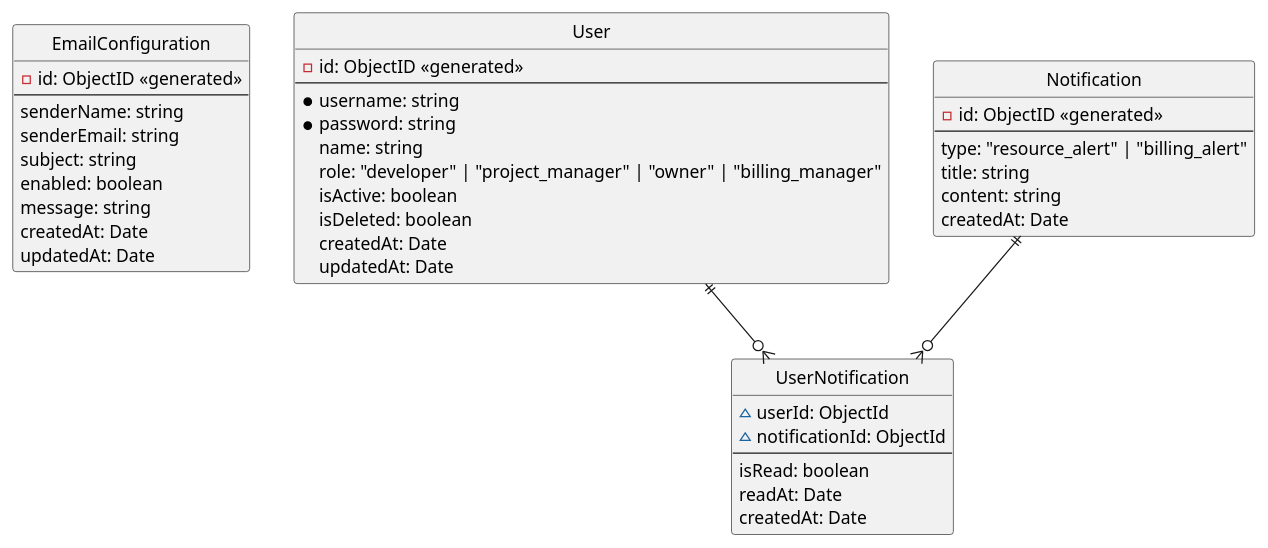
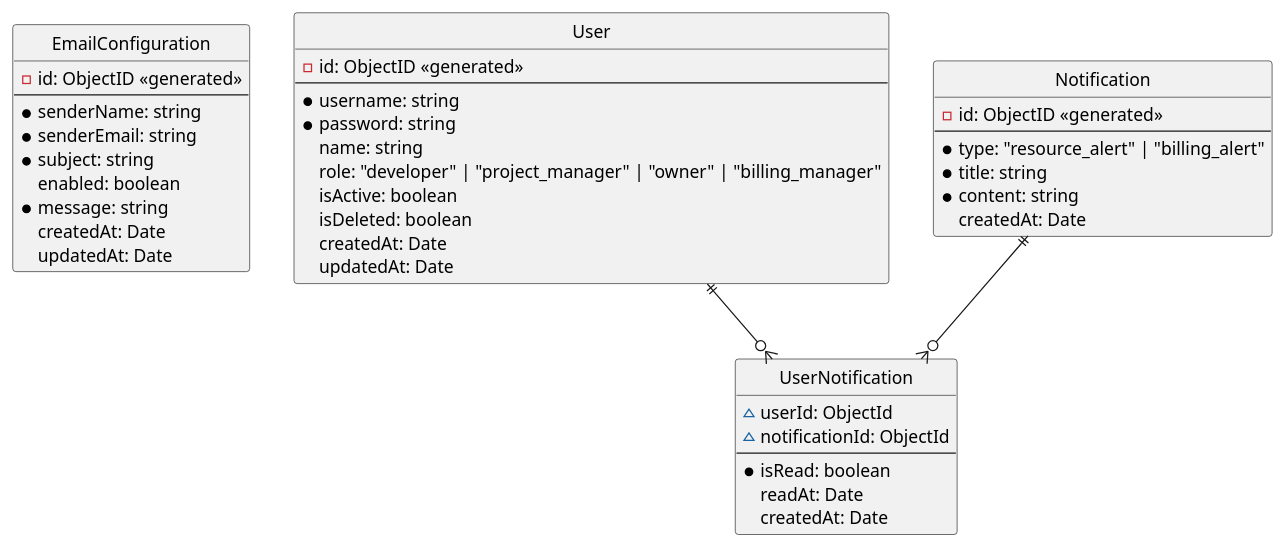
One commit to felixnguyen678/f0-capstone-project-backend changed the diagram in docs/database/ERD.puml. Above: the diagram before and after it, drawn with PlantUML.

Commit message:
FCP-13 | set fields required in ERD diagram

```diff
--- a/docs/database/ERD.puml
+++ b/docs/database/ERD.puml
@@ -1,52 +1,52 @@
  @startuml Todo
 hide circle
 ' skinparam linetype ortho
 
 
 entity EmailConfiguration {
   -id: ObjectID <<generated>>
   --
-  senderName: string
-  senderEmail: string
-  subject: string
+  *senderName: string
+  *senderEmail: string
+  *subject: string
   enabled: boolean
-  message: string
+  *message: string
   createdAt: Date
   updatedAt: Date
 }
 
 
 entity User {
   -id: ObjectID <<generated>>
   --
   *username: string
   *password: string
   name: string
   role: "developer" | "project_manager" | "owner" | "billing_manager"
   isActive: boolean
   isDeleted: boolean
   createdAt: Date
   updatedAt: Date
 }
 
 entity Notification {
   -id: ObjectID <<generated>>
   --
-  type: "resource_alert" | "billing_alert"
-  title: string
-  content: string
+  *type: "resource_alert" | "billing_alert"
+  *title: string
+  *content: string
   createdAt: Date
 }
 
 entity UserNotification {
   ~userId: ObjectId
   ~notificationId: ObjectId
   --
-  isRead: boolean
+  *isRead: boolean
   readAt: Date
   createdAt: Date
 }
 
 User ||--o{ UserNotification
 Notification ||--o{ UserNotification
 @enduml
```
